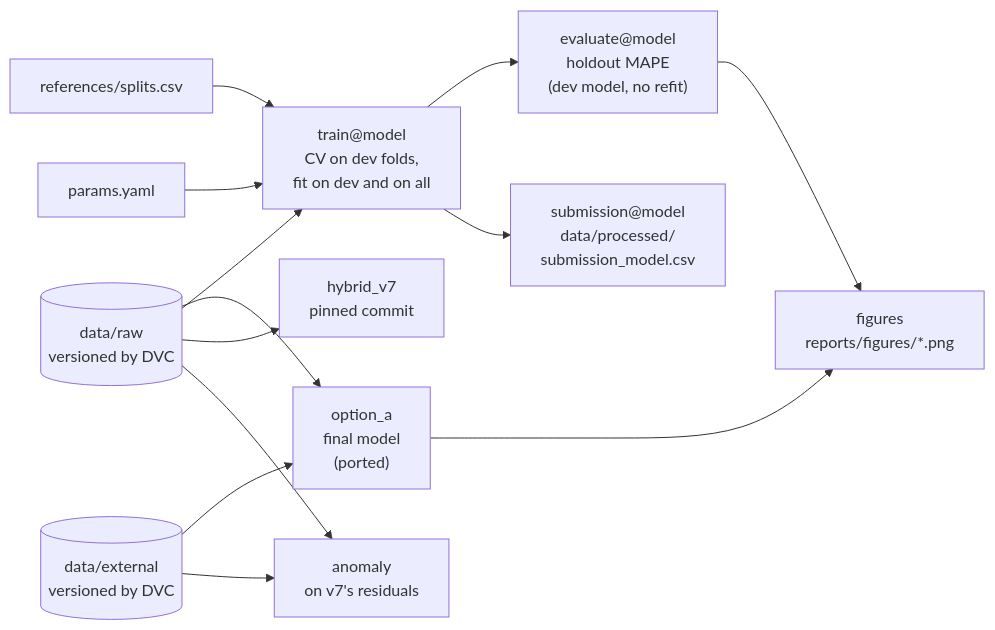
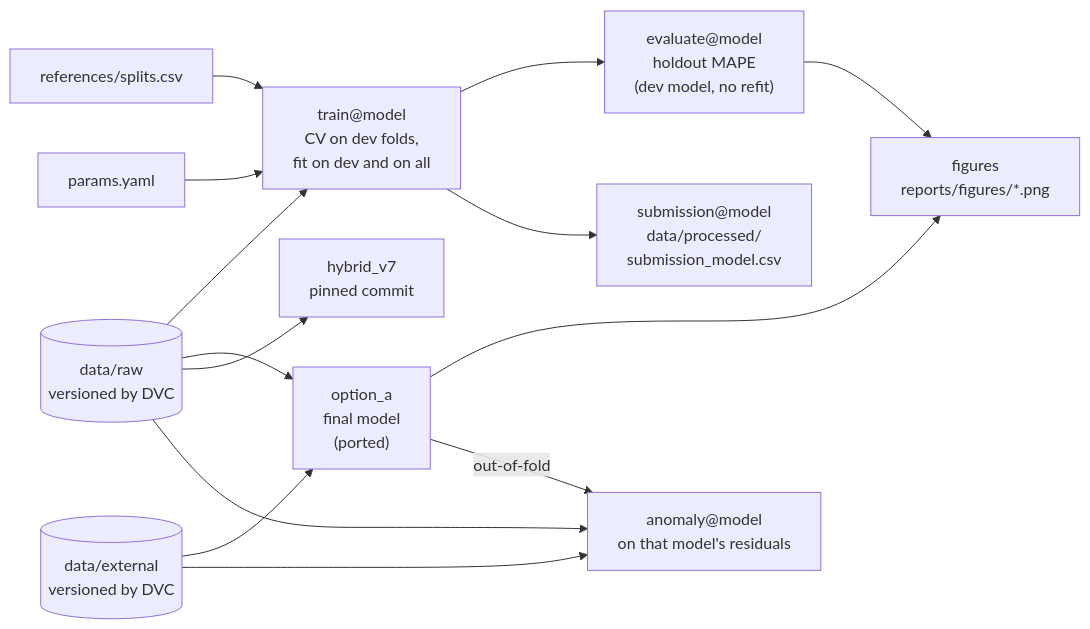
Before and after one commit to SwissDataScienceCenter/SDSC-STEM4Health-group15: the diagram in bioreactor_decoding/docs/mlops.md, drawn with Mermaid. The commit also changed other lines of this file and 24 other files, not shown here.

First line of the commit message:
Anomaly detection per model: one DVC stage per forecast model

````diff
--- a/bioreactor_decoding/docs/mlops.md
+++ b/bioreactor_decoding/docs/mlops.md
@@ -8,15 +8,16 @@
 ```mermaid
 flowchart LR
     raw[(data/raw<br/>versioned by DVC)] --> train
     splits[references/splits.csv] --> train
     params[params.yaml] --> train
     train["train@model<br/>CV on dev folds,<br/>fit on dev and on all"] --> evaluate["evaluate@model<br/>holdout MAPE<br/>(dev model, no refit)"]
     train --> submission["submission@model<br/>data/processed/<br/>submission_model.csv"]
     evaluate --> figures["figures<br/>reports/figures/*.png"]
     raw --> option_a["option_a<br/>final model<br/>(ported)"]
     ext[(data/external<br/>versioned by DVC)] --> option_a
     ext --> anomaly
     option_a --> figures
     raw --> v7["hybrid_v7<br/>pinned commit"]
-    raw --> anomaly["anomaly<br/>on v7's residuals"]
+    option_a -- out-of-fold --> anomaly["anomaly@model<br/>on that model's residuals"]
+    raw --> anomaly
 ```
````
